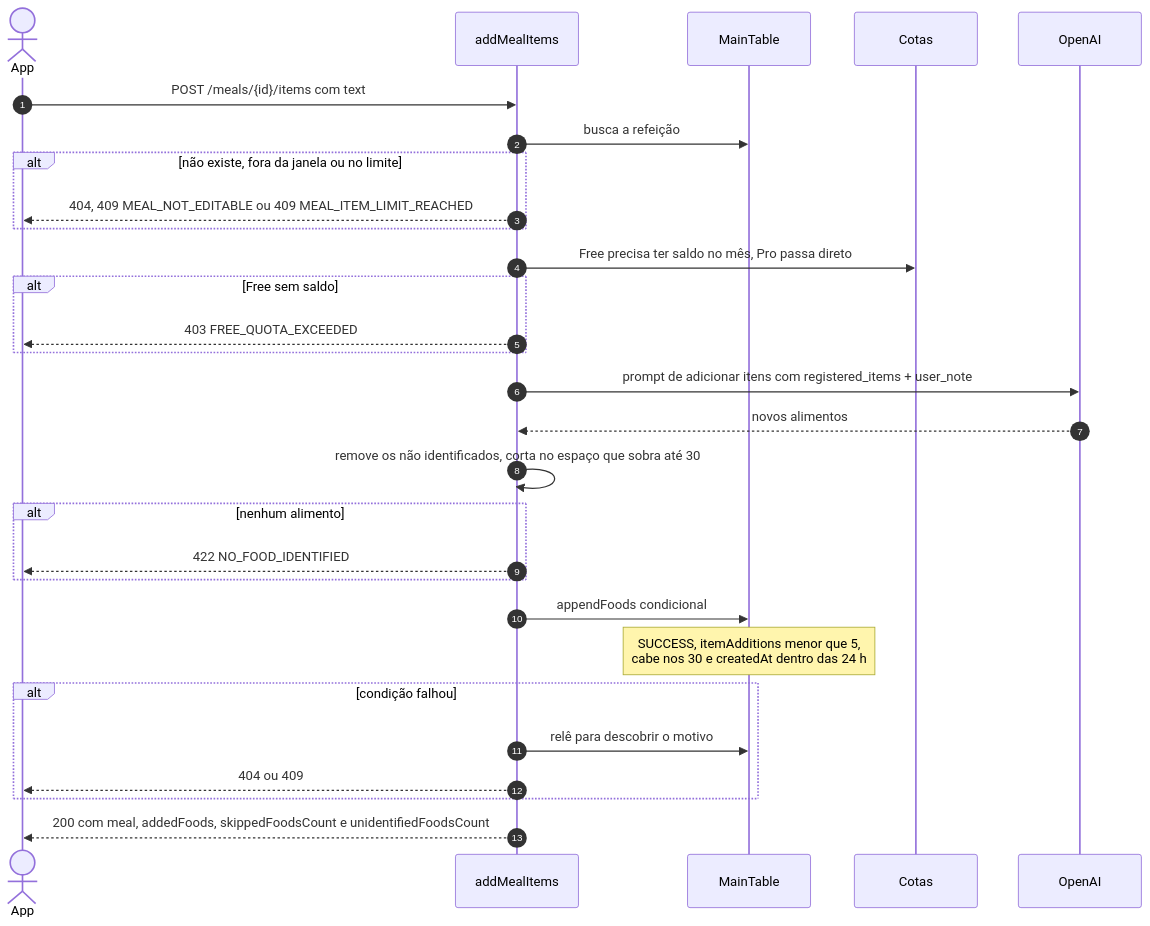
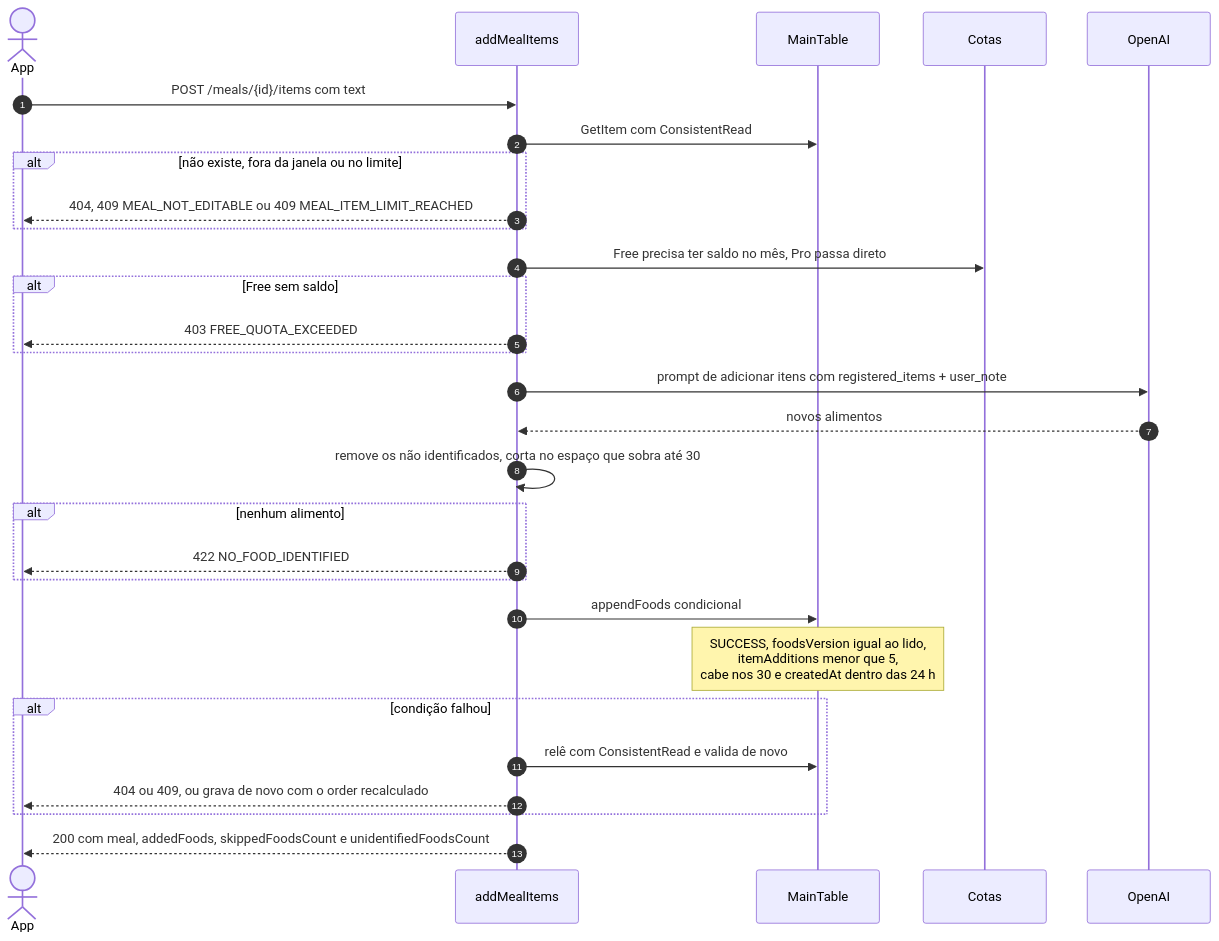
One commit to nivaldoandrade/nacal-api changed the second of 3 diagrams in docs/guide/fluxos/refeicao-itens.md. Above: the diagram before and after it, drawn with Mermaid. The commit also changed other lines of this file and 13 other files, not shown here.

````diff
--- a/docs/guide/fluxos/refeicao-itens.md
+++ b/docs/guide/fluxos/refeicao-itens.md
@@ -57,32 +57,32 @@
 ```mermaid
 sequenceDiagram
     autonumber
     actor U as App
     participant L as addMealItems
     participant DB as MainTable
     participant Q as Cotas
     participant AI as OpenAI
 
     U->>L: POST /meals/{id}/items com text
-    L->>DB: busca a refeição
+    L->>DB: GetItem com ConsistentRead
     alt não existe, fora da janela ou no limite
         L-->>U: 404, 409 MEAL_NOT_EDITABLE ou 409 MEAL_ITEM_LIMIT_REACHED
     end
     L->>Q: Free precisa ter saldo no mês, Pro passa direto
     alt Free sem saldo
         L-->>U: 403 FREE_QUOTA_EXCEEDED
     end
     L->>AI: prompt de adicionar itens com registered_items + user_note
     AI-->>L: novos alimentos
     L->>L: remove os não identificados, corta no espaço que sobra até 30
     alt nenhum alimento
         L-->>U: 422 NO_FOOD_IDENTIFIED
     end
     L->>DB: appendFoods condicional
-    Note over DB: SUCCESS, itemAdditions menor que 5,<br/>cabe nos 30 e createdAt dentro das 24 h
+    Note over DB: SUCCESS, foodsVersion igual ao lido,<br/>itemAdditions menor que 5,<br/>cabe nos 30 e createdAt dentro das 24 h
     alt condição falhou
-        L->>DB: relê para descobrir o motivo
-        L-->>U: 404 ou 409
+        L->>DB: relê com ConsistentRead e valida de novo
+        L-->>U: 404 ou 409, ou grava de novo com o order recalculado
     end
     L-->>U: 200 com meal, addedFoods, skippedFoodsCount e unidentifiedFoodsCount
 ```
````
